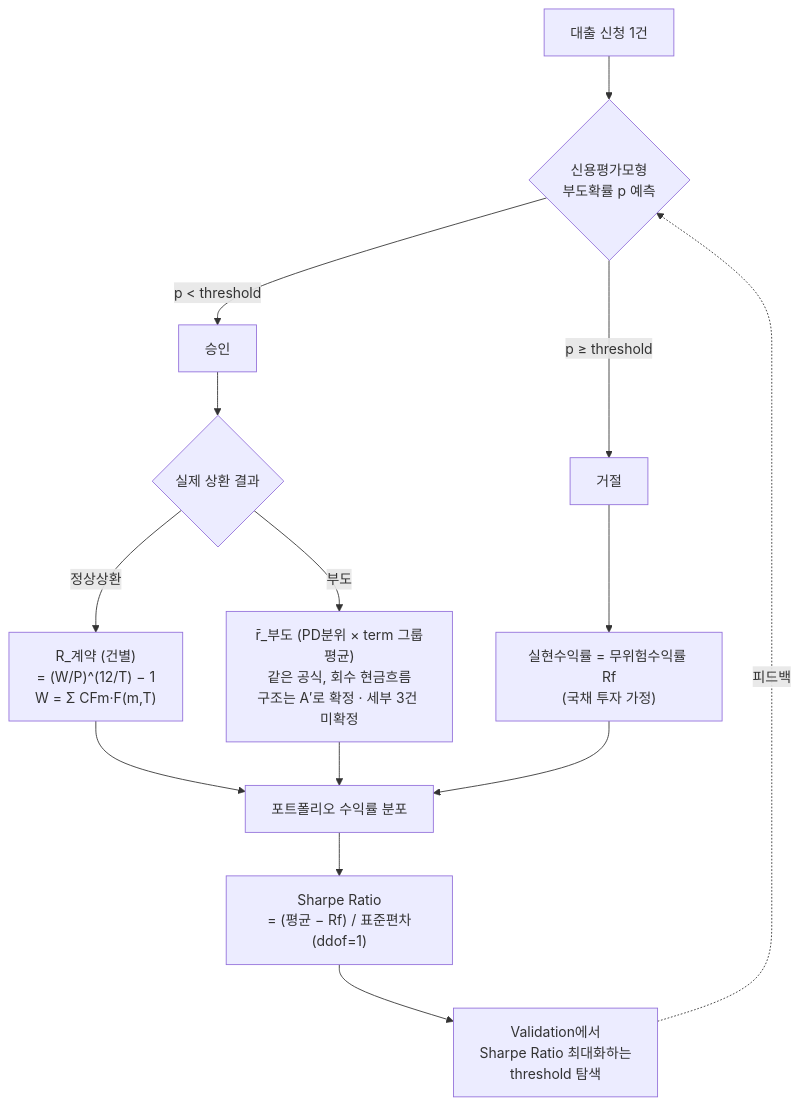
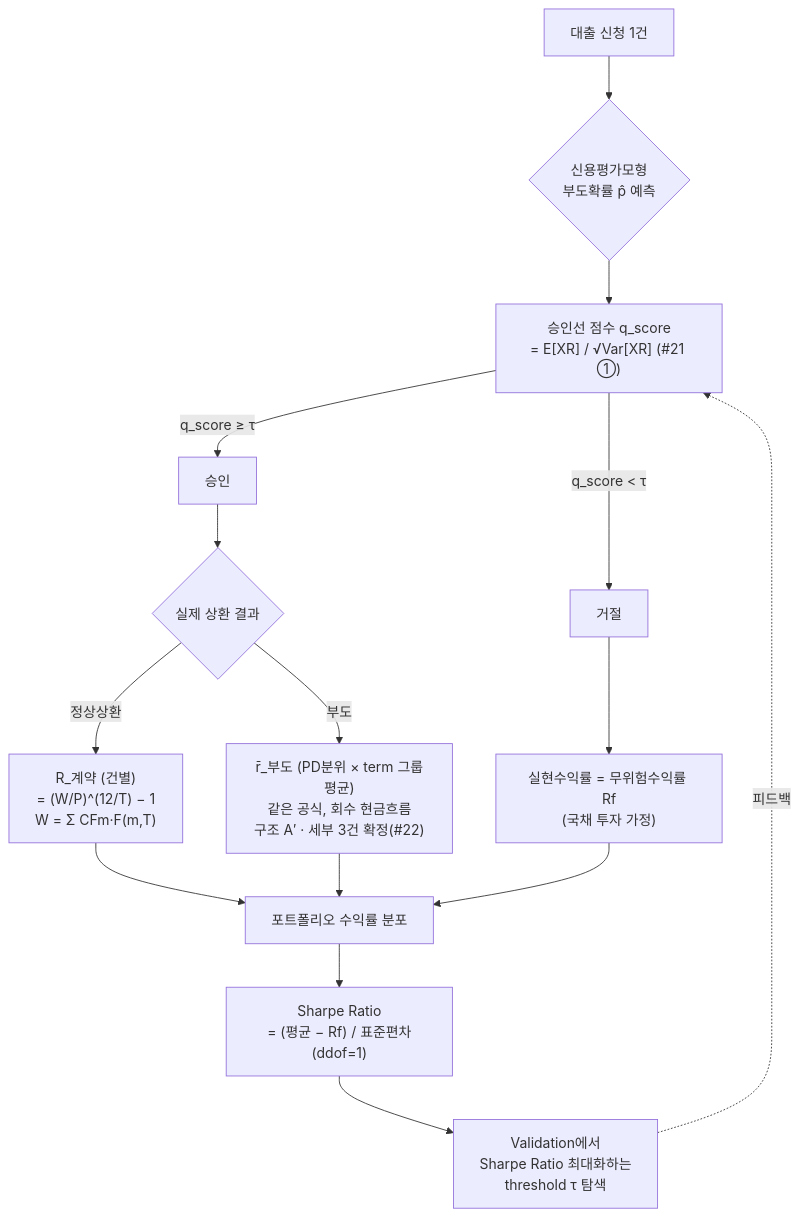
Before and after one commit to SNU-ABS-13-Team-1/Lending-Club-Team-Project: the second of 2 diagrams in docs/architecture.md, drawn with Mermaid. The commit also changed other lines of this file and 43 other files, not shown here.

````diff
--- a/docs/architecture.md
+++ b/docs/architecture.md
@@ -100,20 +105,21 @@
 ```mermaid
 graph TD
-    L["대출 신청 1건"] --> M{"신용평가모형<br/>부도확률 p 예측"}
-    M -->|"p < threshold"| APP["승인"]
-    M -->|"p ≥ threshold"| REJ["거절"]
+    L["대출 신청 1건"] --> M{"신용평가모형<br/>부도확률 p̂ 예측"}
+    M --> Q["승인선 점수 q_score<br/>= E[XR] / √Var[XR] (#21 ①)"]
+    Q -->|"q_score ≥ τ"| APP["승인"]
+    Q -->|"q_score < τ"| REJ["거절"]
 
     APP --> R1{"실제 상환 결과"}
     R1 -->|"정상상환"| RET1["R_계약 (건별)<br/>= (W/P)^(12/T) − 1<br/>W = Σ CFm·F(m,T)"]
-    R1 -->|"부도"| RET2["r̄_부도 (PD분위 × term 그룹평균)<br/>같은 공식, 회수 현금흐름<br/>구조는 A′로 확정 · 세부 3건 미확정"]
+    R1 -->|"부도"| RET2["r̄_부도 (PD분위 × term 그룹평균)<br/>같은 공식, 회수 현금흐름<br/>구조 A′ · 세부 3건 확정(#22)"]
 
     REJ --> RET3["실현수익률 = 무위험수익률 Rf<br/>(국채 투자 가정)"]
 
     RET1 --> PORT["포트폴리오 수익률 분포"]
     RET2 --> PORT
     RET3 --> PORT
 
     PORT --> SR["Sharpe Ratio<br/>= (평균 − Rf) / 표준편차(ddof=1)"]
-    SR --> TH["Validation에서<br/>Sharpe Ratio 최대화하는<br/>threshold 탐색"]
-    TH -.피드백.-> M
+    SR --> TH["Validation에서<br/>Sharpe Ratio 최대화하는<br/>threshold τ 탐색"]
+    TH -.피드백.-> Q
 ```
````
